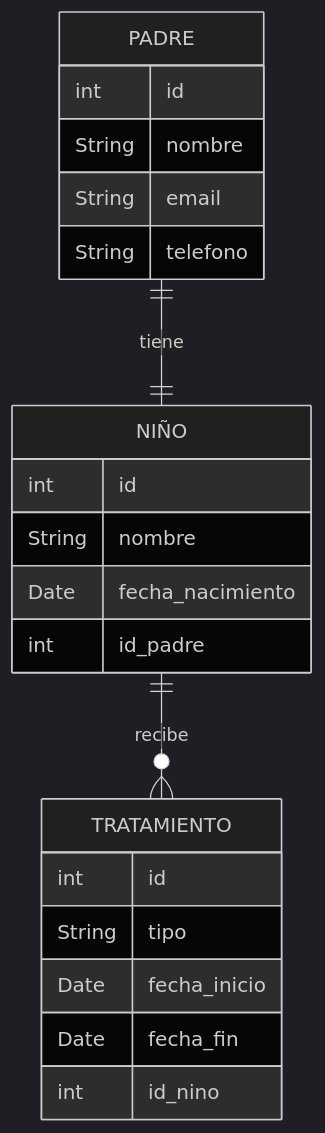
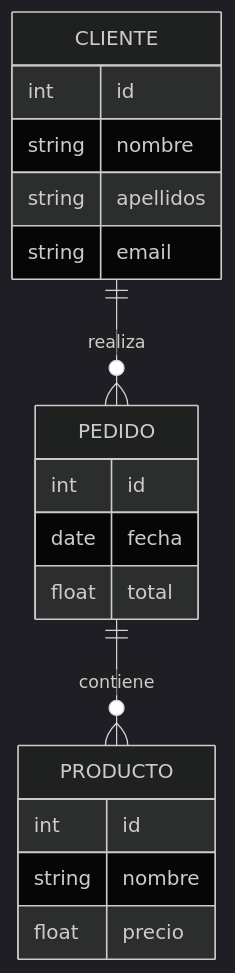
One commit to Verper021/tapatapp changed the diagram in modelo-E_R.mermaid. Above: the diagram before and after it, drawn with Mermaid (dark theme). The commit also changed other lines of this file, not shown here.

```diff
--- a/modelo-E_R.mermaid
+++ b/modelo-E_R.mermaid
@@ -1,25 +1,20 @@
+
 erDiagram
-    PADRE ||--|| NIÑO: "tiene"
-    NIÑO ||--o{ TRATAMIENTO: "recibe"
-
-    PADRE {
+    CLIENTE {
         int id
-        String nombre
-        String email
-        String telefono
+        string nombre
+        string apellidos
+        string email
     }
-
-    NIÑO {
+    PEDIDO {
         int id
-        String nombre
-        Date fecha_nacimiento
-        int id_padre
+        date fecha
+        float total
     }
-
-    TRATAMIENTO {
+    PRODUCTO {
         int id
-        String tipo
-        Date fecha_inicio
-        Date fecha_fin
-        int id_nino
+        string nombre
+        float precio
     }
+    CLIENTE ||--o{ PEDIDO: realiza
+    PEDIDO ||--o{ PRODUCTO: contiene
```
